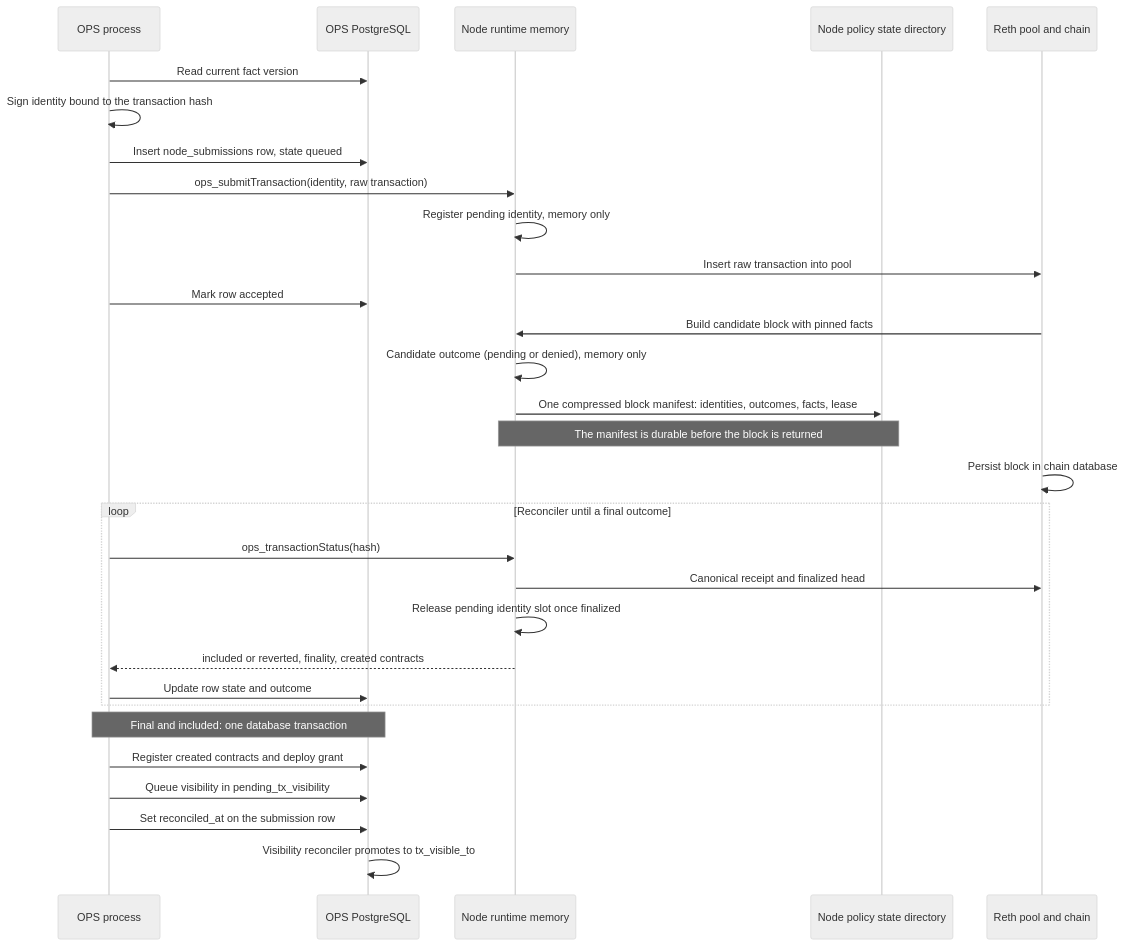
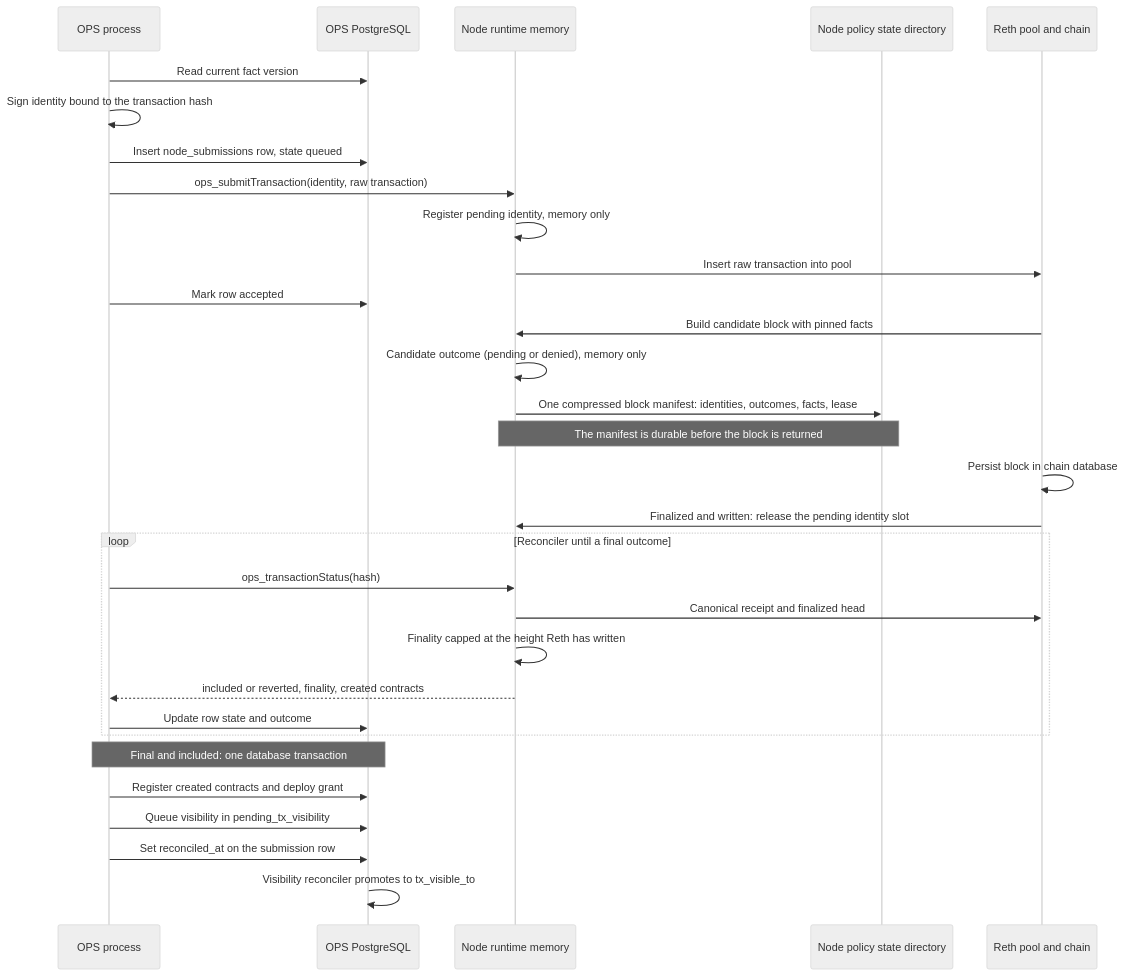
The sixth of 6 diagrams in docs/architecture/reth-execution-flow.md (LFDT-Permissioned-Privacy-Control/permissioned-privacy-control), drawn with Mermaid (neutral theme) before and after one commit. The commit also changed other lines of this file and 13 other files, not shown here.

````diff
--- a/docs/architecture/reth-execution-flow.md
+++ b/docs/architecture/reth-execution-flow.md
@@ -352,32 +355,33 @@
 ```mermaid
 sequenceDiagram
     participant OPS as OPS process
     participant DB as OPS PostgreSQL
     participant RT as Node runtime memory
     participant Dir as Node policy state directory
     participant Reth as Reth pool and chain
     OPS->>DB: Read current fact version
     OPS->>OPS: Sign identity bound to the transaction hash
     OPS->>DB: Insert node_submissions row, state queued
     OPS->>RT: ops_submitTransaction(identity, raw transaction)
     RT->>RT: Register pending identity, memory only
     RT->>Reth: Insert raw transaction into pool
     OPS->>DB: Mark row accepted
     Reth->>RT: Build candidate block with pinned facts
     RT->>RT: Candidate outcome (pending or denied), memory only
     RT->>Dir: One compressed block manifest: identities, outcomes, facts, lease
     Note over RT,Dir: The manifest is durable before the block is returned
     Reth->>Reth: Persist block in chain database
+    Reth->>RT: Finalized and written: release the pending identity slot
     loop Reconciler until a final outcome
         OPS->>RT: ops_transactionStatus(hash)
         RT->>Reth: Canonical receipt and finalized head
-        RT->>RT: Release pending identity slot once finalized
+        RT->>RT: Finality capped at the height Reth has written
         RT-->>OPS: included or reverted, finality, created contracts
         OPS->>DB: Update row state and outcome
     end
     Note over OPS,DB: Final and included: one database transaction
     OPS->>DB: Register created contracts and deploy grant
     OPS->>DB: Queue visibility in pending_tx_visibility
     OPS->>DB: Set reconciled_at on the submission row
     DB->>DB: Visibility reconciler promotes to tx_visible_to
 ```
````
